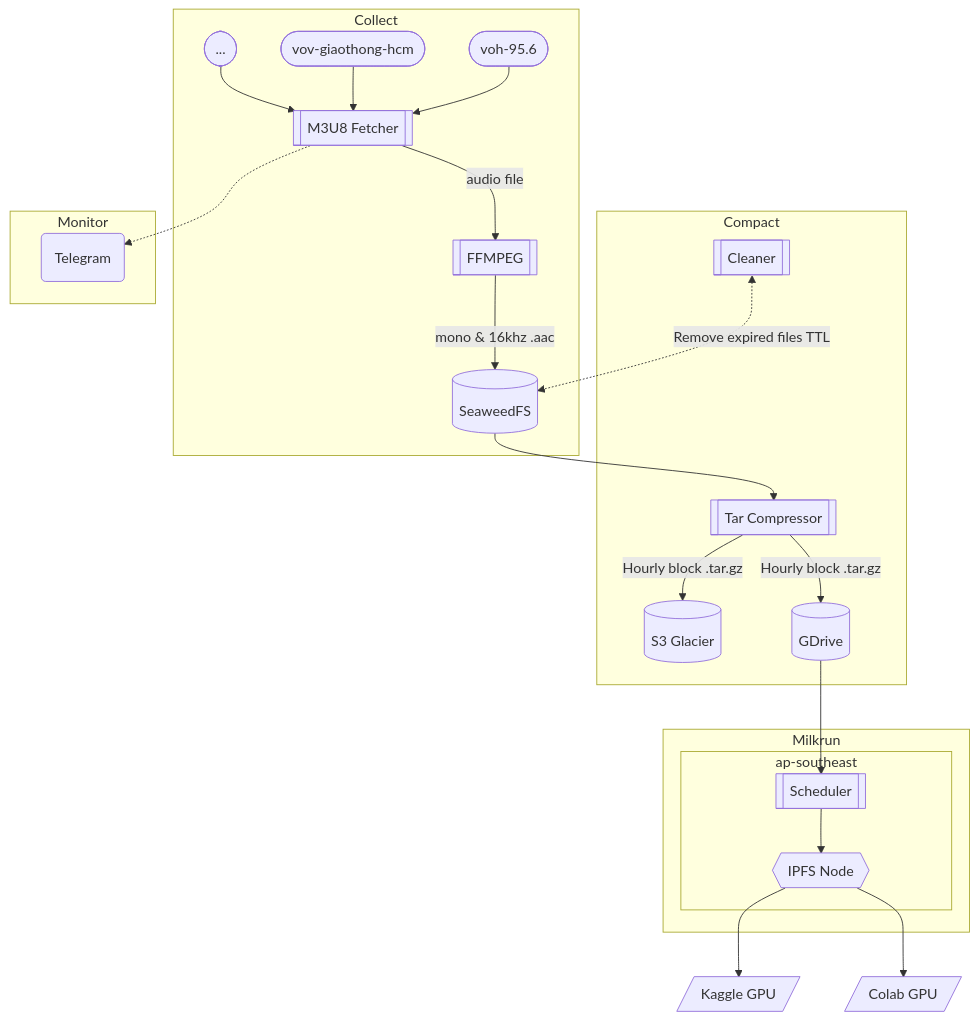
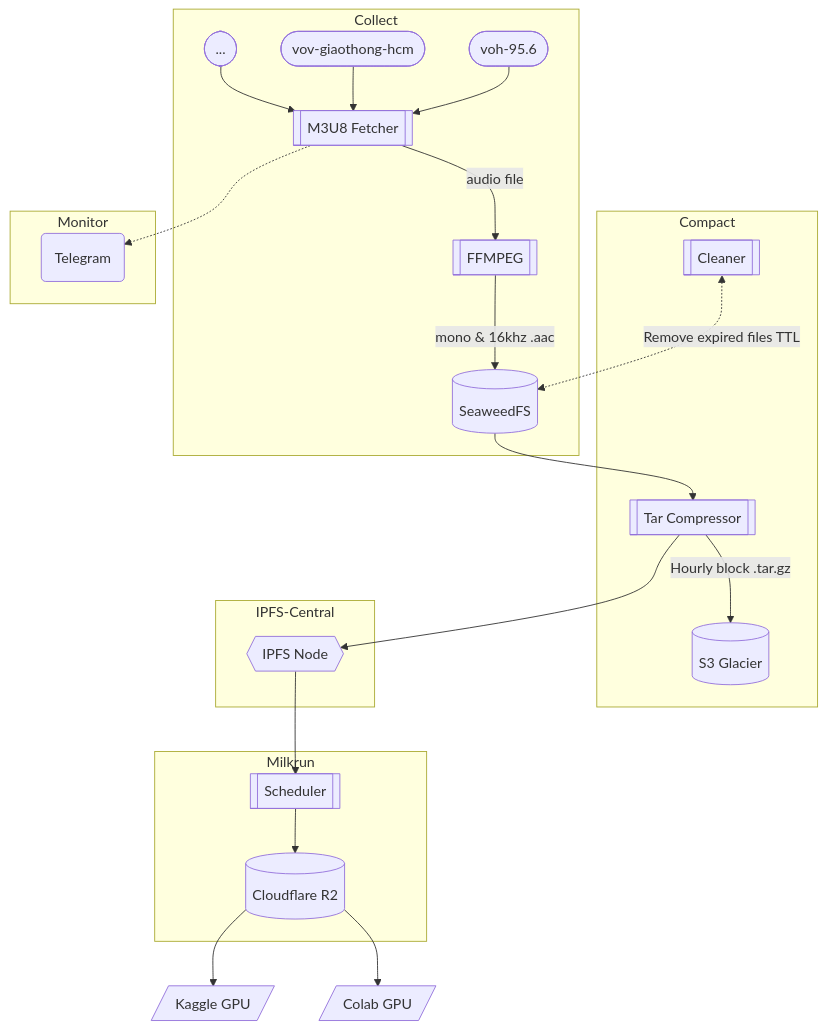
The diagram in README.md (grokking-vietnam/fuzzy), drawn with Mermaid before and after one commit.

Commit message:
chore: update Milkrun project to use Cloudflare's R2

````diff
--- a/README.md
+++ b/README.md
@@ -11,54 +11,56 @@
 ```mermaid
 flowchart TD
     subgraph Collect
         src_1([voh-95.6])
         src_2([vov-giaothong-hcm])
         src_3([...])
 
         fs_1[(SeaweedFS)]
 
         compute_1[[M3U8 Fetcher]]
         compute_2[[FFMPEG]]
 
         src_1-->compute_1
         src_2-->compute_1
         src_3-->compute_1
         compute_1-->|audio file|compute_2
         compute_2-->|mono & 16khz .aac|fs_1
     end
 
     subgraph Compact
     fs_2[(S3 Glacier)]
-    fs_3[(GDrive)]
 
     compute_3[[Tar Compressor]]
     compute_4[[Cleaner]]
 
     fs_1-->compute_3
     compute_3-->|Hourly block .tar.gz|fs_2
     compute_4<-.->|Remove expired files TTL|fs_1
-    compute_3-->|Hourly block .tar.gz|fs_3
     end
 
     subgraph Monitor
     alert(Telegram)
     compute_1-.->alert
     end
 
+    subgraph IPFS-Central
+        ipfs_1{{IPFS Node}}
+
+        compute_3-->ipfs_1
+    end
+
     subgraph Milkrun
-        subgraph ap-southeast
-            compute_5[[Scheduler]]
+        fs_3[(Cloudflare R2)]
 
-            ipfs_1{{IPFS Node}}
+        compute_5[[Scheduler]]
 
-            fs_3-->compute_5
-            compute_5-->ipfs_1
-        end
+        ipfs_1-->compute_5
+        compute_5-->fs_3
     end
 
     consumer_1[/Kaggle GPU/]
     consumer_2[/Colab GPU/]
 
-    ipfs_1-->consumer_1
-    ipfs_1-->consumer_2
+    fs_3-->consumer_1
+    fs_3-->consumer_2
 ```
````
